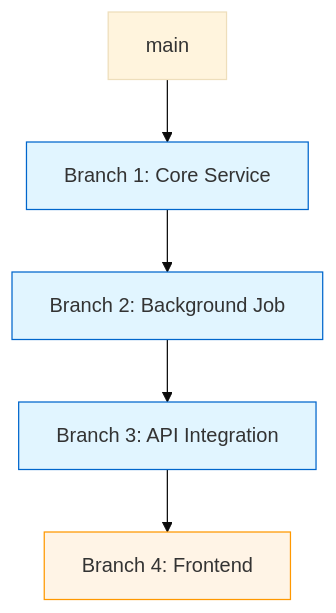
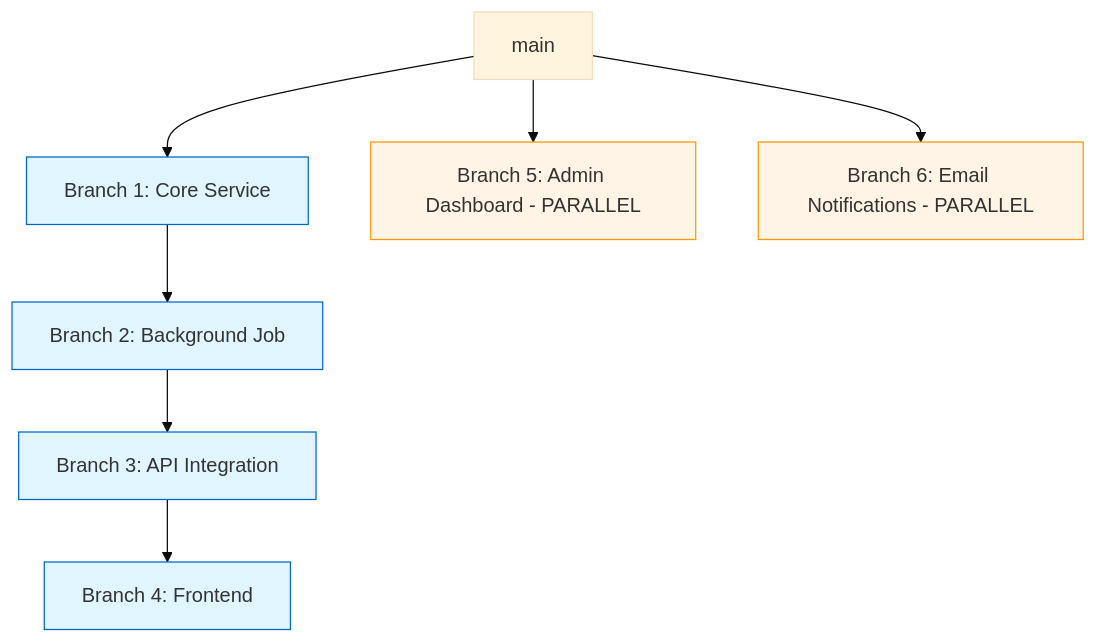
Before and after one commit to andymai/claude-agent-team: the diagram in agents/task-planner.md, drawn with Mermaid (base theme). The commit also changed other lines of this file and 1 other file, not shown here.

````diff
--- a/agents/task-planner.md
+++ b/agents/task-planner.md
@@ -100,13 +102,16 @@
 ```mermaid
 graph TD
     main --> b1[Branch 1: Core Service]
     b1 --> b2[Branch 2: Background Job]
     b2 --> b3[Branch 3: API Integration]
     b3 --> b4[Branch 4: Frontend]
 
+    main --> b5[Branch 5: Admin Dashboard - PARALLEL]
+    main --> b6[Branch 6: Email Notifications - PARALLEL]
+
     classDef sequential fill:#e1f5ff,stroke:#0066cc
     classDef parallel fill:#fff4e6,stroke:#ff9800
 
-    class b1,b2,b3 sequential
-    class b4 parallel
+    class b1,b2,b3,b4 sequential
+    class b5,b6 parallel
 ```
````
